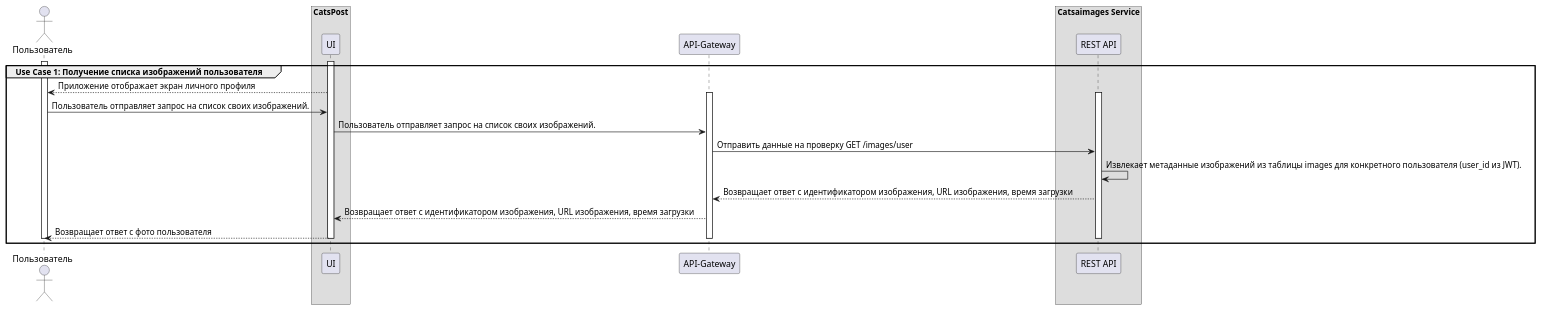
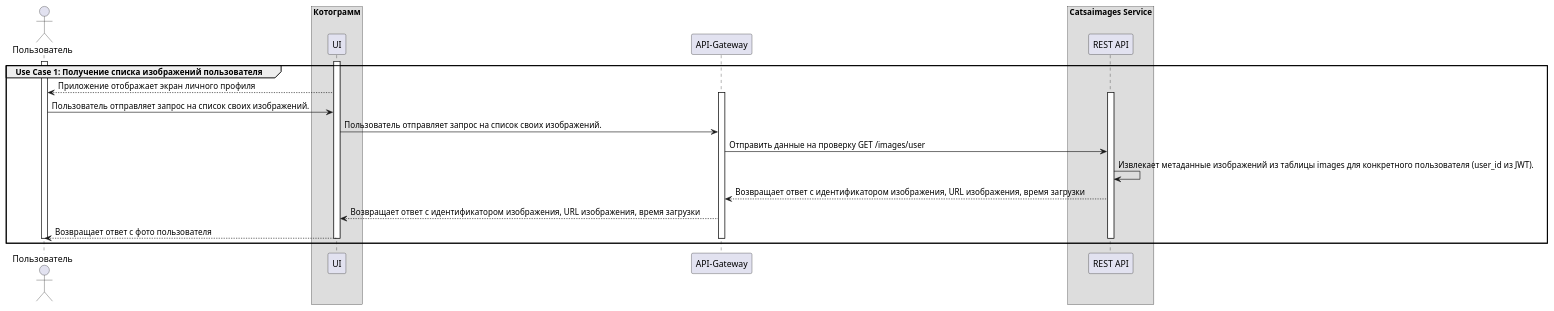
Before and after one commit to nikitcat/requirements.github.io: the diagram in src/docs/asciidoc/uml/seq_diaqrams/cimages/images.puml, drawn with PlantUML. The commit also changed 8 other files, not shown here.

```diff
--- a/src/docs/asciidoc/uml/seq_diaqrams/cimages/images.puml
+++ b/src/docs/asciidoc/uml/seq_diaqrams/cimages/images.puml
@@ -1,29 +1,29 @@
 @startuml
 actor "Пользователь" as User
-box "CatsPost"
+box "Котограмм"
     participant "UI" as UI
 end box
 participant "API-Gateway" as Gateway
 box "Catsaimages Service"
 participant "REST API" as REST
 end box
 
 group Use Case 1: Получение списка изображений пользователя
 activate User
 activate UI
 User <-- UI: Приложение отображает экран личного профиля
 activate Gateway
 activate REST
 User -> UI: Пользователь отправляет запрос на список своих изображений.
 UI -> Gateway: Пользователь отправляет запрос на список своих изображений.
 Gateway -> REST: Отправить данные на проверку GET /images/user
 REST -> REST: Извлекает метаданные изображений из таблицы images для конкретного пользователя (user_id из JWT).
 REST --> Gateway: Возвращает ответ с идентификатором изображения, URL изображения, время загрузки
 Gateway--> UI: Возвращает ответ с идентификатором изображения, URL изображения, время загрузки
 UI--> User: Возвращает ответ с фото пользователя
 deactivate User
 deactivate UI
 deactivate Gateway
 deactivate REST
 end group
 @enduml
```
